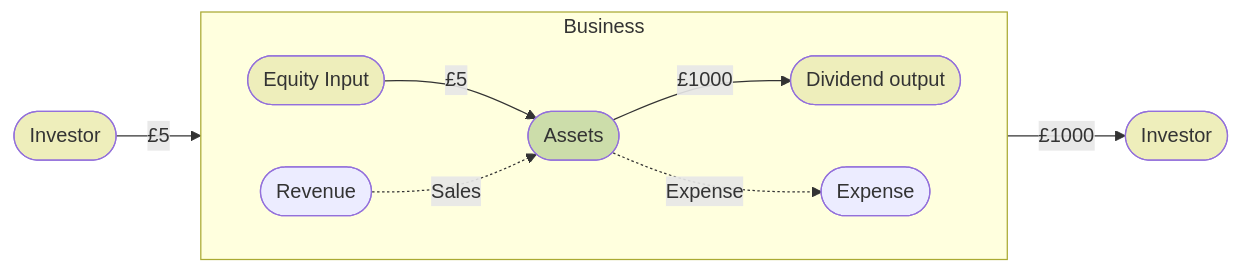
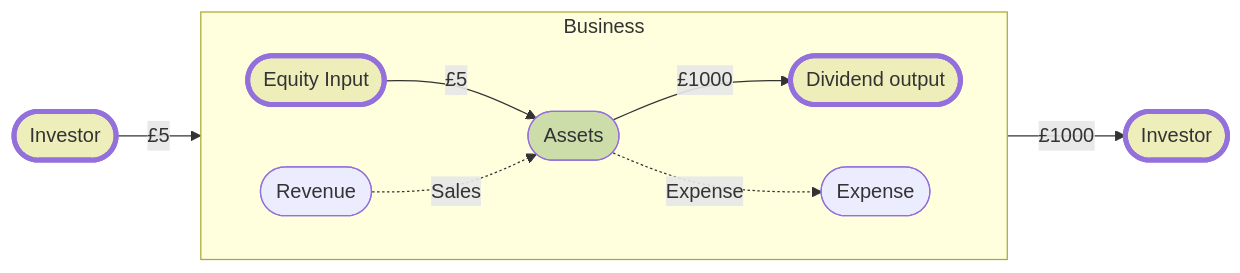
The fourth of 4 diagrams in content/posts/Accounting for programmers/Movements/_index.md (drummonds/bytestoneblog), drawn with Mermaid before and after one commit. The commit also changed other lines of this file and 36 other files, not shown here.

```diff
--- a/content/posts/Accounting for programmers/Movements/_index.md
+++ b/content/posts/Accounting for programmers/Movements/_index.md
@@ -100,24 +78,24 @@
 {{< mermaid >}}
 flowchart LR
-   classDef classEquity  fill:#EEB;
-   classDef classAssets  fill:#CDA;
-   I([Investor])
-   I1([Investor])
-   class I,I1 classEquity;
-   subgraph Business
-   direction LR
-      E([Equity Input])
-      D([Dividend output])
-      class E,D classEquity;
-      B([Assets])
-      class B classAssets;
-      R([Revenue])
-      Ex([Expense])
-   end
-   I -- £5 --> Business
-   E -- £5 --> B
-   R -. Sales .-> B
-   B -- £1000 --> D
-   B -. Expense .-> Ex
-   Business -- £1000 --> I1
+classDef classEquity fill:#EEB,stroke-width:4px;
+classDef classAssets fill:#CDA;
+I([Investor])
+I1([Investor])
+class I,I1 classEquity;
+subgraph Business
+direction LR
+E([Equity Input])
+D([Dividend output])
+class E,D classEquity;
+B([Assets])
+class B classAssets;
+R([Revenue])
+Ex([Expense])
+end
+I -- £5 --> Business
+E -- £5 --> B
+R -. Sales .-> B
+B -- £1000 --> D
+B -. Expense .-> Ex
+Business -- £1000 --> I1
 {{< /mermaid >}}
```
